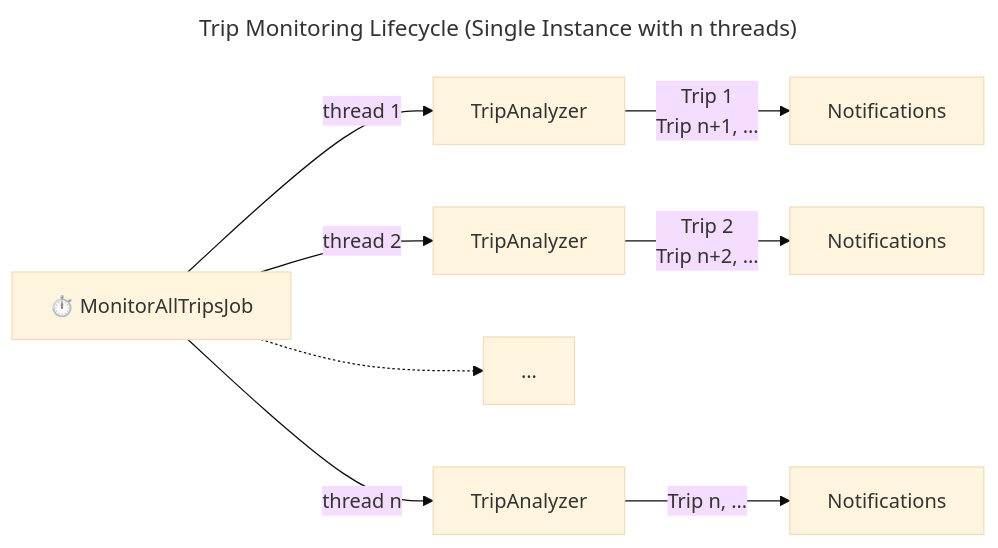
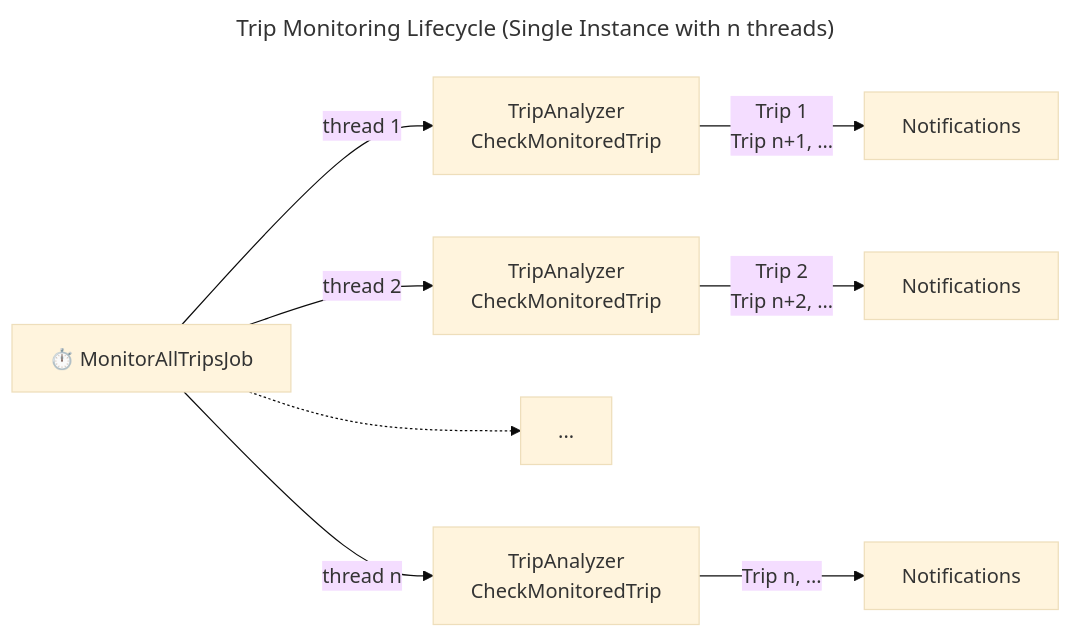
One commit to ibi-group/otp-middleware changed the second of 4 diagrams in docs/trip-monitoring.md. Above: the diagram before and after it, drawn with Mermaid (base theme). The commit also changed other lines of this file, not shown here.

Commit message:
docs(trip-monitoring): Improve CheckMonitorTrip section [skip ci]

````diff
--- a/docs/trip-monitoring.md
+++ b/docs/trip-monitoring.md
@@ -85,21 +91,21 @@
 ```mermaid
 ---
 title: Trip Monitoring Lifecycle (Single Instance with n threads)
 ---
 flowchart LR
     job["⏱️ MonitorAllTripsJob"]
-    analyzer1[TripAnalyzer]
-    analyzer2[TripAnalyzer]
+    analyzer1[TripAnalyzer<br>CheckMonitoredTrip]
+    analyzer2[TripAnalyzer<br>CheckMonitoredTrip]
     analyzerX[...]
-    analyzerN[TripAnalyzer]
+    analyzerN[TripAnalyzer<br>CheckMonitoredTrip]
     queue1[Notifications]
     queue2[Notifications]
     queueN[Notifications]
     job --thread 1--> analyzer1
     job --thread 2--> analyzer2
     job -.-> analyzerX
     job --thread n--> analyzerN
     analyzer1 --Trip 1<br>Trip n+1, …--> queue1
     analyzer2 --Trip 2<br>Trip n+2, …--> queue2
     analyzerN --Trip n, …--> queueN
 ```
````
